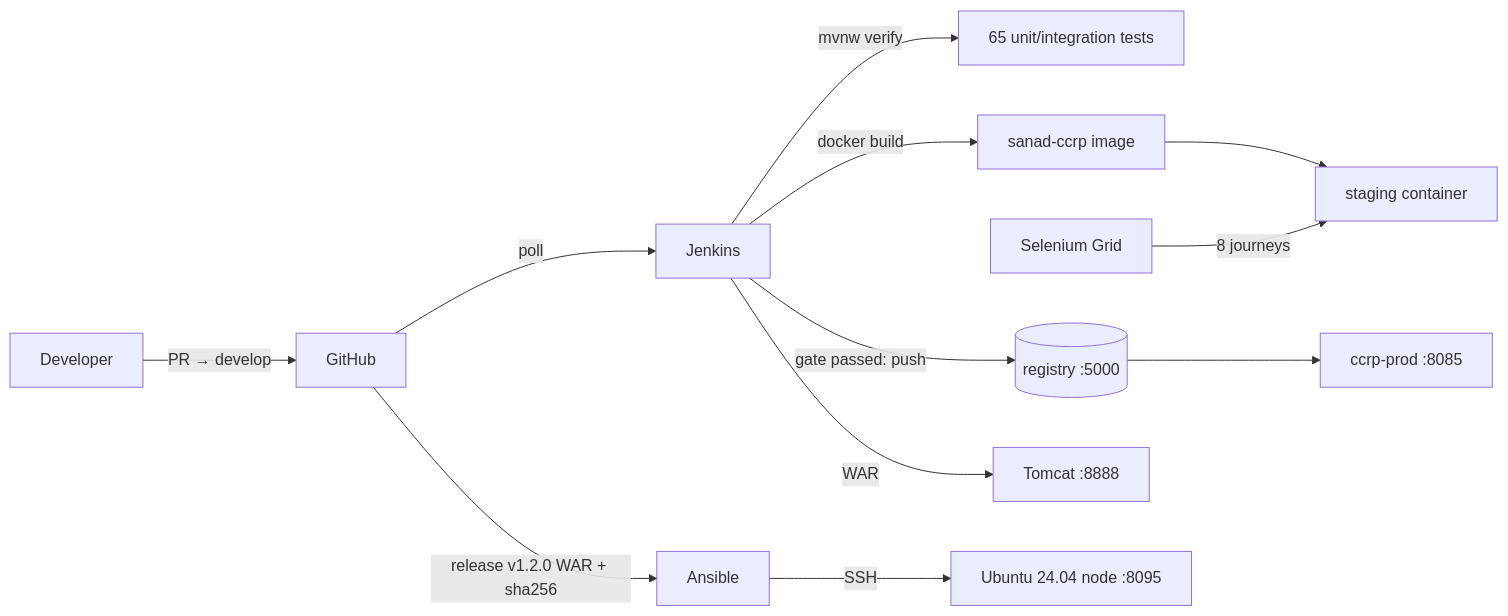
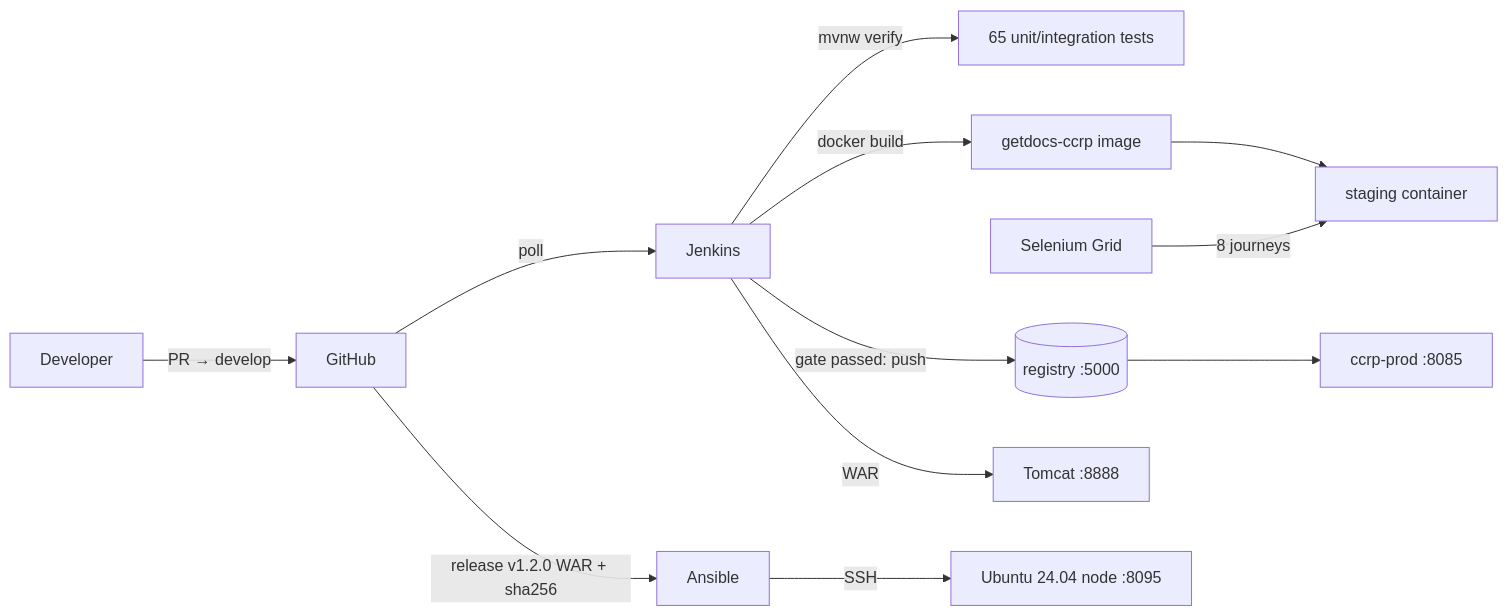
The diagram in docs/10-final-report.md (tanishqbuilds/citizen-certificate-portal), drawn with Mermaid before and after one commit. The commit also changed 30 other files, not shown here.

````diff
--- a/docs/10-final-report.md
+++ b/docs/10-final-report.md
@@ -27,14 +27,14 @@
 ```mermaid
 flowchart LR
     dev["Developer"] -->|PR → develop| gh["GitHub"]
     gh -->|poll| j["Jenkins"]
     j -->|mvnw verify| t["65 unit/integration tests"]
-    j -->|docker build| img["sanad-ccrp image"]
+    j -->|docker build| img["getdocs-ccrp image"]
     img --> stg["staging container"]
     sel["Selenium Grid"] -->|8 journeys| stg
     j -->|gate passed: push| reg[("registry :5000")]
     reg --> prod["ccrp-prod :8085"]
     j -->|WAR| tc["Tomcat :8888"]
     gh -->|release v1.2.0 WAR + sha256| ans["Ansible"]
     ans -->|SSH| node["Ubuntu 24.04 node :8095"]
 ```
````
